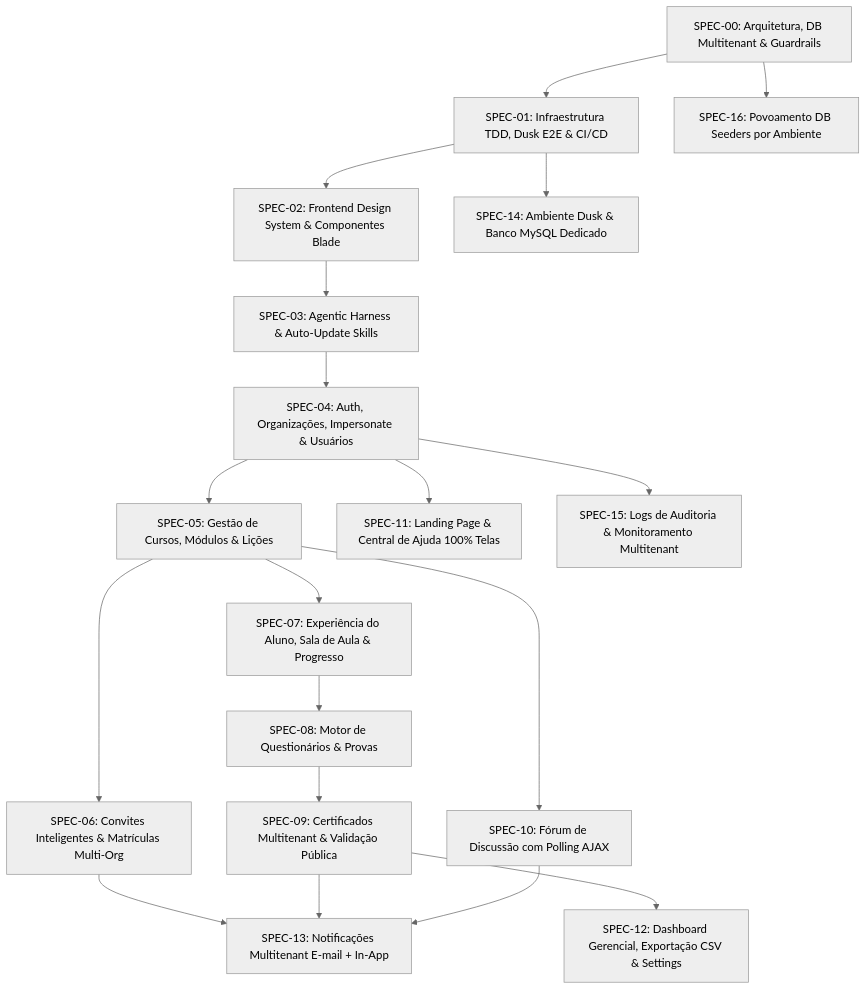
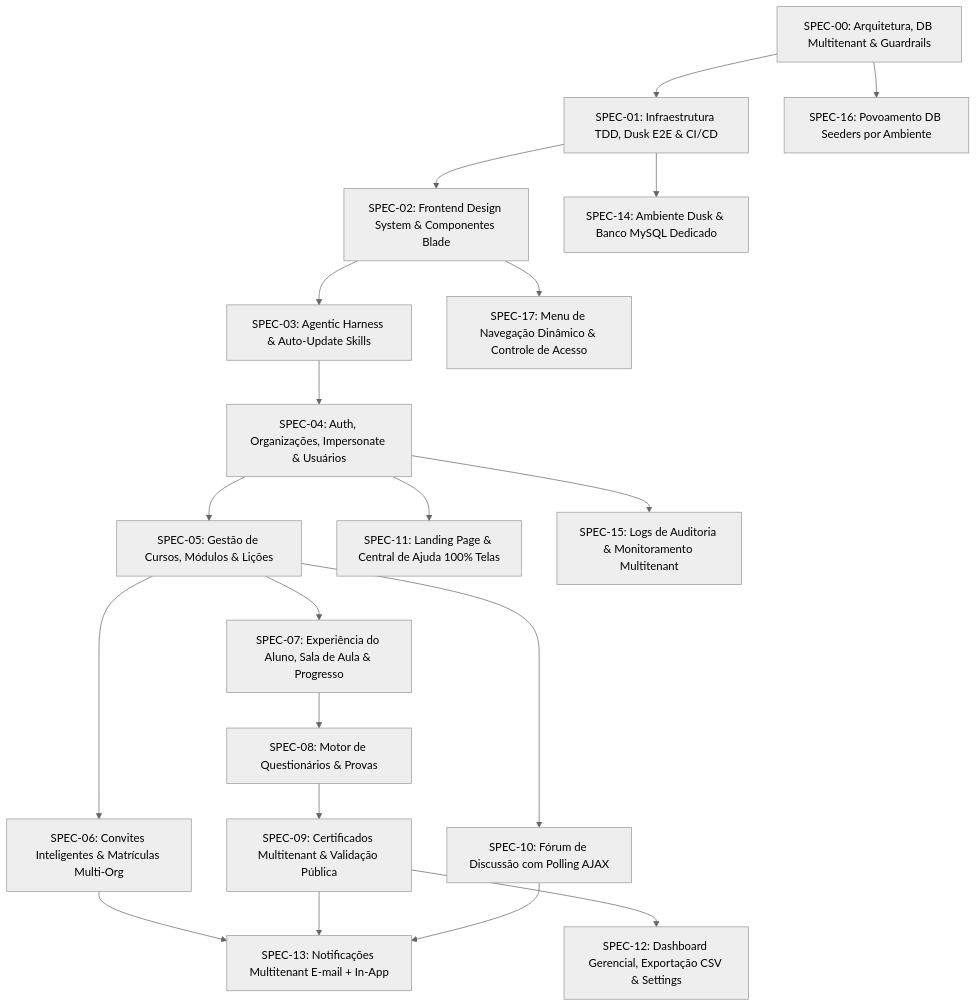
The diagram in spec/specs/README.md (rafadepaula/plataforma_ead), drawn with Mermaid (neutral theme) before and after one commit. The commit also changed other lines of this file and 17 other files, not shown here.

````diff
--- a/spec/specs/README.md
+++ b/spec/specs/README.md
@@ -9,21 +9,22 @@
 ```mermaid
 graph TD
     S00[SPEC-00: Arquitetura, DB Multitenant & Guardrails] --> S01[SPEC-01: Infraestrutura TDD, Dusk E2E & CI/CD]
     S01 --> S02[SPEC-02: Frontend Design System & Componentes Blade]
     S02 --> S03[SPEC-03: Agentic Harness & Auto-Update Skills]
     S03 --> S04[SPEC-04: Auth, Organizações, Impersonate & Usuários]
     S04 --> S05[SPEC-05: Gestão de Cursos, Módulos & Lições]
     S05 --> S06[SPEC-06: Convites Inteligentes & Matrículas Multi-Org]
     S05 --> S07[SPEC-07: Experiência do Aluno, Sala de Aula & Progresso]
     S07 --> S08[SPEC-08: Motor de Questionários & Provas]
     S08 --> S09[SPEC-09: Certificados Multitenant & Validação Pública]
     S05 --> S10[SPEC-10: Fórum de Discussão com Polling AJAX]
     S04 --> S11[SPEC-11: Landing Page & Central de Ajuda 100% Telas]
     S09 --> S12[SPEC-12: Dashboard Gerencial, Exportação CSV & Settings]
     S06 --> S13[SPEC-13: Notificações Multitenant E-mail + In-App]
     S09 --> S13
     S10 --> S13
     S01 --> S14[SPEC-14: Ambiente Dusk & Banco MySQL Dedicado]
     S04 --> S15[SPEC-15: Logs de Auditoria & Monitoramento Multitenant]
     S00 --> S16[SPEC-16: Povoamento DB Seeders por Ambiente]
+    S02 --> S17[SPEC-17: Menu de Navegação Dinâmico & Controle de Acesso]
 ```
````
